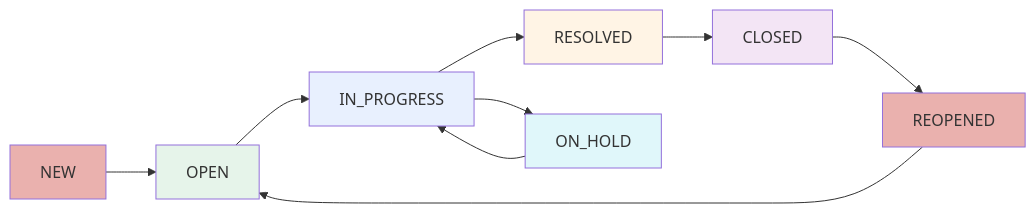
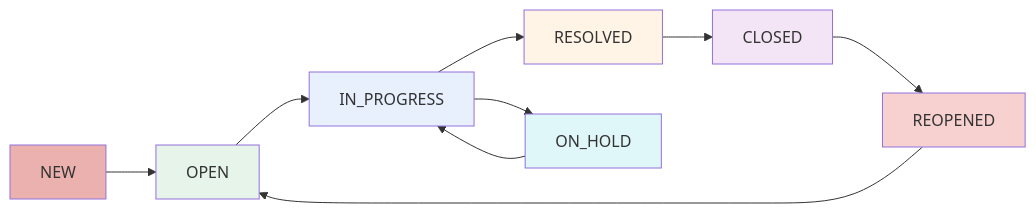
One commit to salmanb74-dev/ntg-ticket changed the sixth of 7 diagrams in NTG-Ticket-User Guide.md. Above: the diagram before and after it, drawn with Mermaid. The commit also changed other lines of this file, not shown here.

````diff
--- a/NTG-Ticket-User Guide.md
+++ b/NTG-Ticket-User Guide.md
@@ -278,18 +278,18 @@
 ```mermaid
 flowchart LR
     A[NEW] --> B[OPEN]
     B --> C[IN_PROGRESS]
     C --> D[RESOLVED]
     D --> E[CLOSED]
     C --> F[ON_HOLD]
     F --> C
     E --> G[REOPENED]
     G --> B
     style A fill:#EAB1AE
     style B fill:#E6F4EA
     style C fill:#E8F0FE
     style D fill:#FFF4E5
     style E fill:#F3E5F5
     style F fill:#E0F7FA
-    style G fill:#EAB1AE
+    style G fill:#F6D1CF
 ```
````
